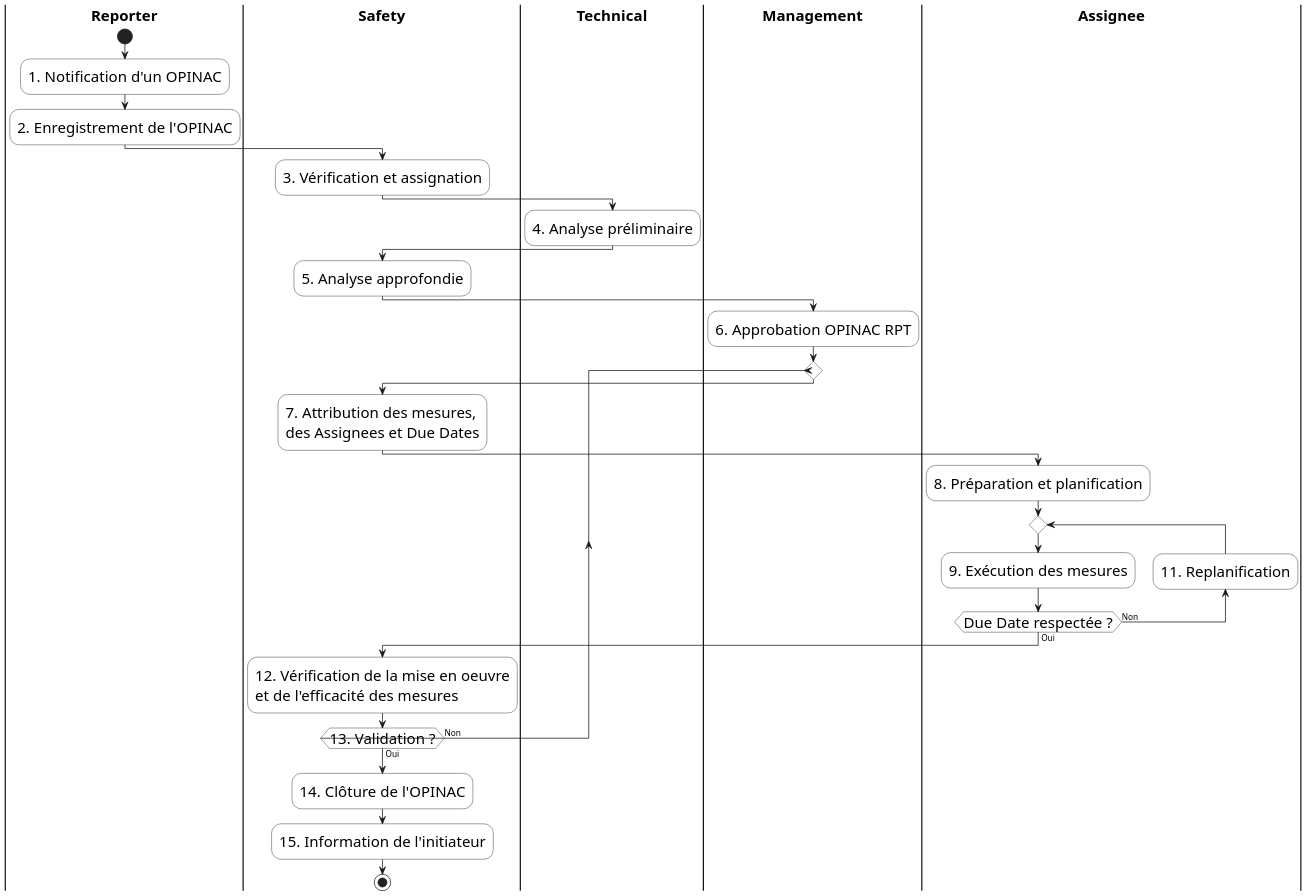
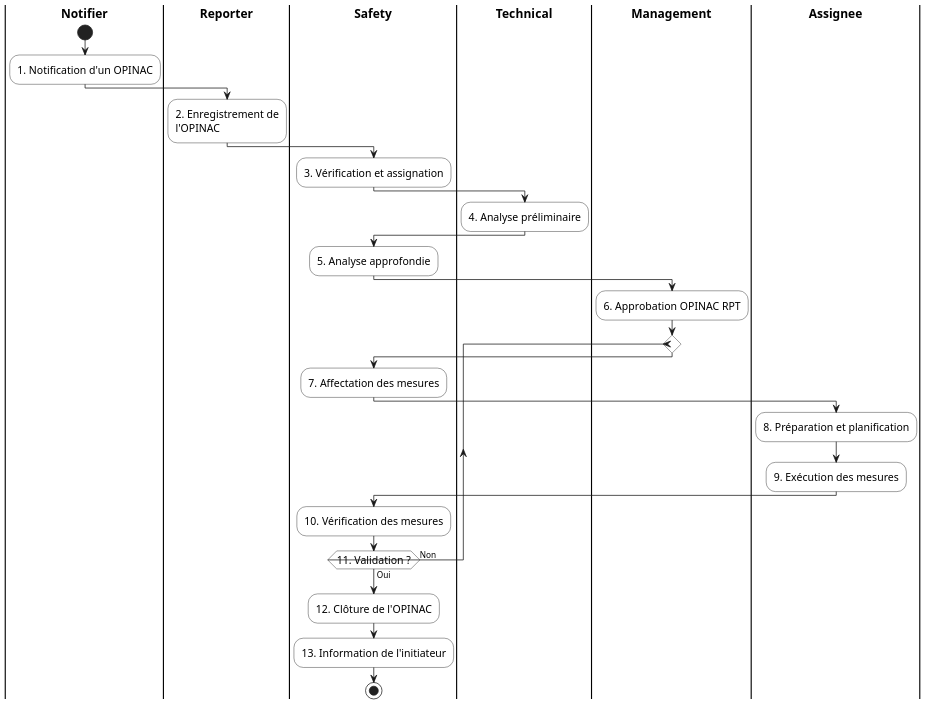
One commit to e-baron/rail changed the diagram in diagrams/opinac/opinac_process.puml. Above: the diagram before and after it, drawn with PlantUML. The commit also changed 3 other files, not shown here.

```diff
--- a/diagrams/opinac/opinac_process.puml
+++ b/diagrams/opinac/opinac_process.puml
@@ -1,73 +1,73 @@
 @startuml
+
+<style>
+element {
+    MaximumWidth 200
+}
+</style>
 
 skinparam shadowing false
 skinparam dpi 150
 
-skinparam swimlaneTitleFontSize 20
+skinparam swimlaneTitleFontSize 16
 skinparam swimlaneTitleFontColor Black
 skinparam swimlaneTitleFontStyle bold
 
 skinparam activity {
     BackgroundColor White
     BorderColor Black
-    FontSize 20
-    DiamondFontSize 20
+    FontSize 14
+    DiamondFontSize 14
 }
 
-|Reporter|
+|Notifier|
 
 start
 
 :1. Notification d'un OPINAC;
+
+|Reporter|
 
 :2. Enregistrement de l'OPINAC;
 
 |Safety|
 
 :3. Vérification et assignation;
 
 |Technical|
 
 :4. Analyse préliminaire;
 
 |Safety|
 
 :5. Analyse approfondie;
 
 |Management|
 
 :6. Approbation OPINAC RPT;
 
 repeat
 
 |Safety|
 
-:7. Attribution des mesures,
-des Assignees et Due Dates;
+:7. Affectation des mesures;
 
 |Assignee|
 
 :8. Préparation et planification;
 
-repeat
-
 :9. Exécution des mesures;
-
-backward:11. Replanification;
-
-repeat while (Due Date respectée ?) is (Non) not (Oui)
 
 |Safety|
 
-:12. Vérification de la mise en oeuvre
-et de l'efficacité des mesures;
+:10. Vérification des mesures;
 
-repeat while (13. Validation ?) is (Non) not (Oui)
+repeat while (11. Validation ?) is (Non) not (Oui)
 
-:14. Clôture de l'OPINAC;
+:12. Clôture de l'OPINAC;
 
-:15. Information de l'initiateur;
+:13. Information de l'initiateur;
 
 stop
 
 @enduml
```
